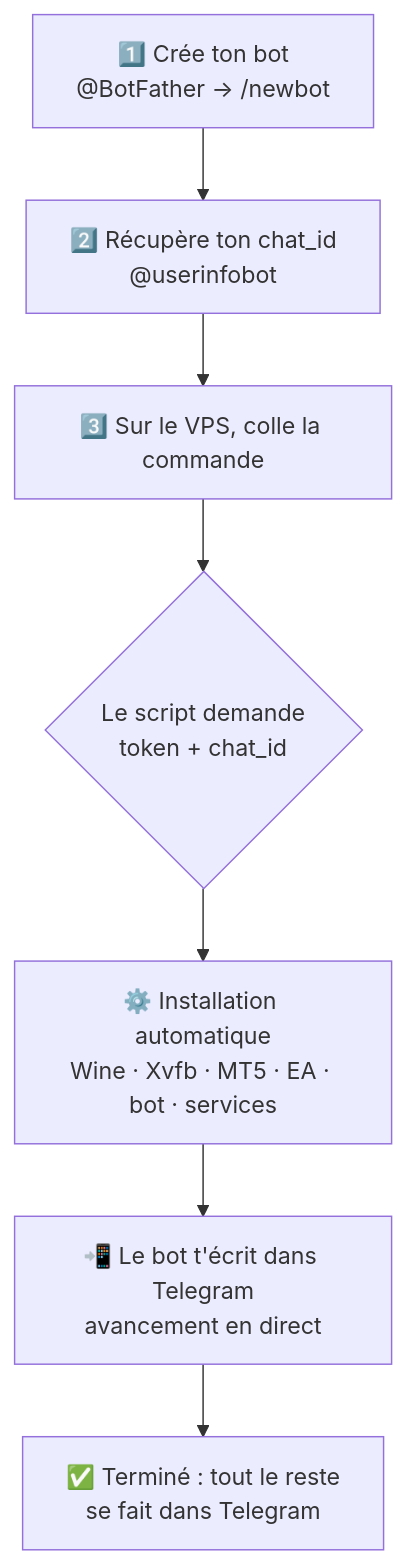
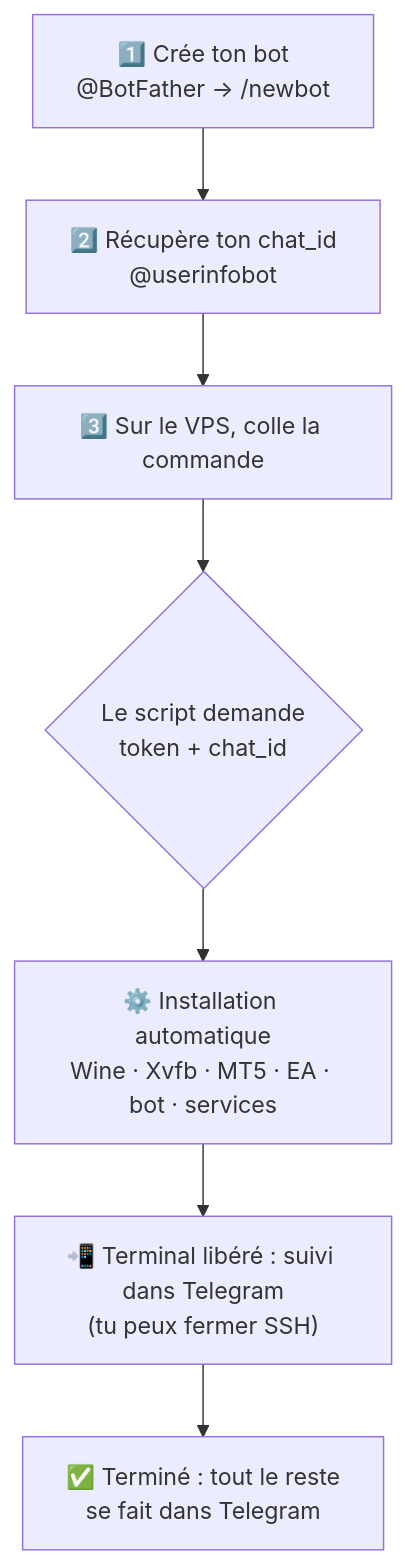
One commit to aigle3/ScalpX changed the second of 6 diagrams in README.md. Above: the diagram before and after it, drawn with Mermaid. The commit also changed other lines of this file and 2 other files, not shown here.

First line of the commit message:
Bot 4.8.0 : installation détachée du terminal dès Telegram relié (on peut fermer SSH, suivi dans Telegram)

````diff
--- a/README.md
+++ b/README.md
@@ -68,9 +68,9 @@
 ```mermaid
 flowchart TD
     A["1️⃣ Crée ton bot<br/>@BotFather → /newbot"] --> B["2️⃣ Récupère ton chat_id<br/>@userinfobot"]
     B --> C["3️⃣ Sur le VPS, colle la commande"]
     C --> D{"Le script demande<br/>token + chat_id"}
     D --> E["⚙️ Installation automatique<br/>Wine · Xvfb · MT5 · EA · bot · services"]
-    E --> F["📲 Le bot t'écrit dans Telegram<br/>avancement en direct"]
+    E --> F["📲 Terminal libéré : suivi dans Telegram<br/>(tu peux fermer SSH)"]
     F --> G["✅ Terminé : tout le reste<br/>se fait dans Telegram"]
 ```
````
